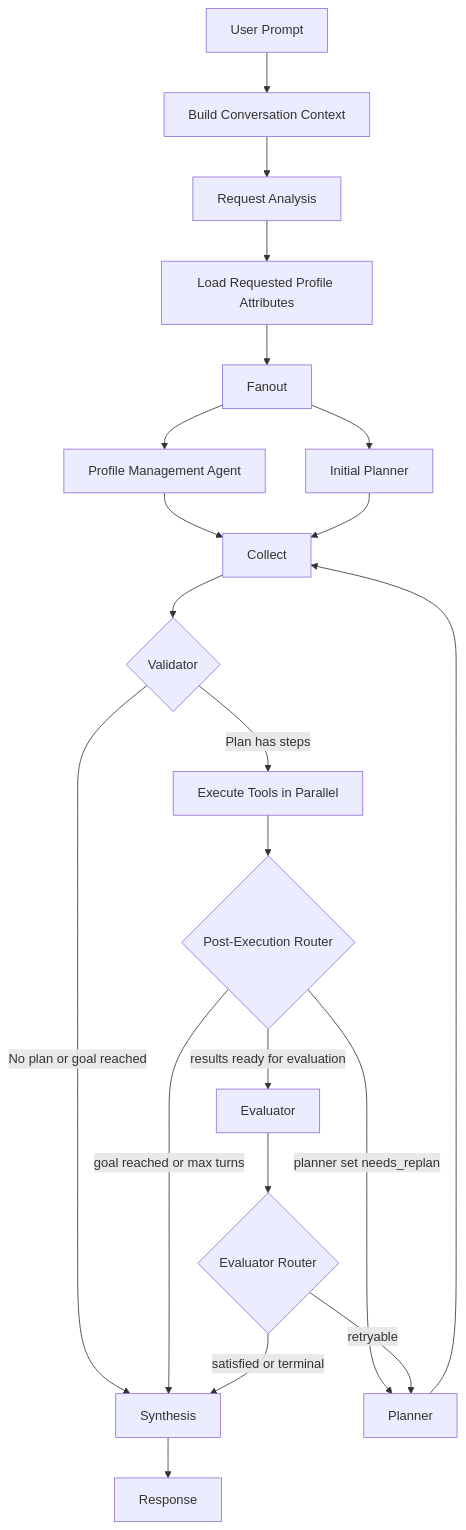
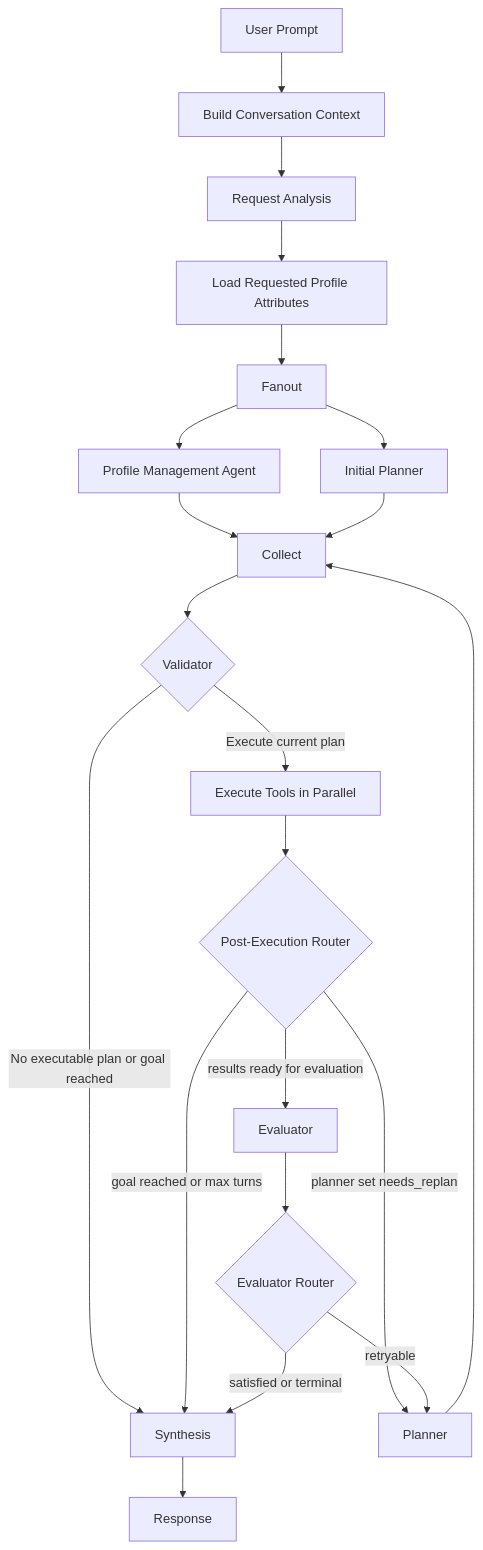
The diagram in README.md (mikeshutov/llm_poc), drawn with Mermaid before and after one commit.

Commit message:
update target

````diff
--- a/README.md
+++ b/README.md
@@ -36,28 +36,28 @@
 ```mermaid
 flowchart TD
     A[User Prompt] --> B[Build Conversation Context]
     B --> C[Request Analysis]
     C --> D[Load Requested Profile Attributes]
     D --> E[Fanout]
 
     E --> PM[Profile Management Agent]
     E --> P1[Initial Planner]
     PM --> K[Collect]
     P1 --> K
 
     K --> V{Validator}
-    V -->|No plan or goal reached| S[Synthesis]
-    V -->|Plan has steps| X[Execute Tools in Parallel]
+    V -->|No executable plan or goal reached| S[Synthesis]
+    V -->|Execute current plan| X[Execute Tools in Parallel]
 
     X --> R{Post-Execution Router}
     R -->|goal reached or max turns| S
     R -->|planner set needs_replan| P2[Planner]
     R -->|results ready for evaluation| EV[Evaluator]
 
     EV --> ER{Evaluator Router}
     ER -->|satisfied or terminal| S
     ER -->|retryable| P2
 
     P2 --> K
     S --> L[Response]
 ```
````
